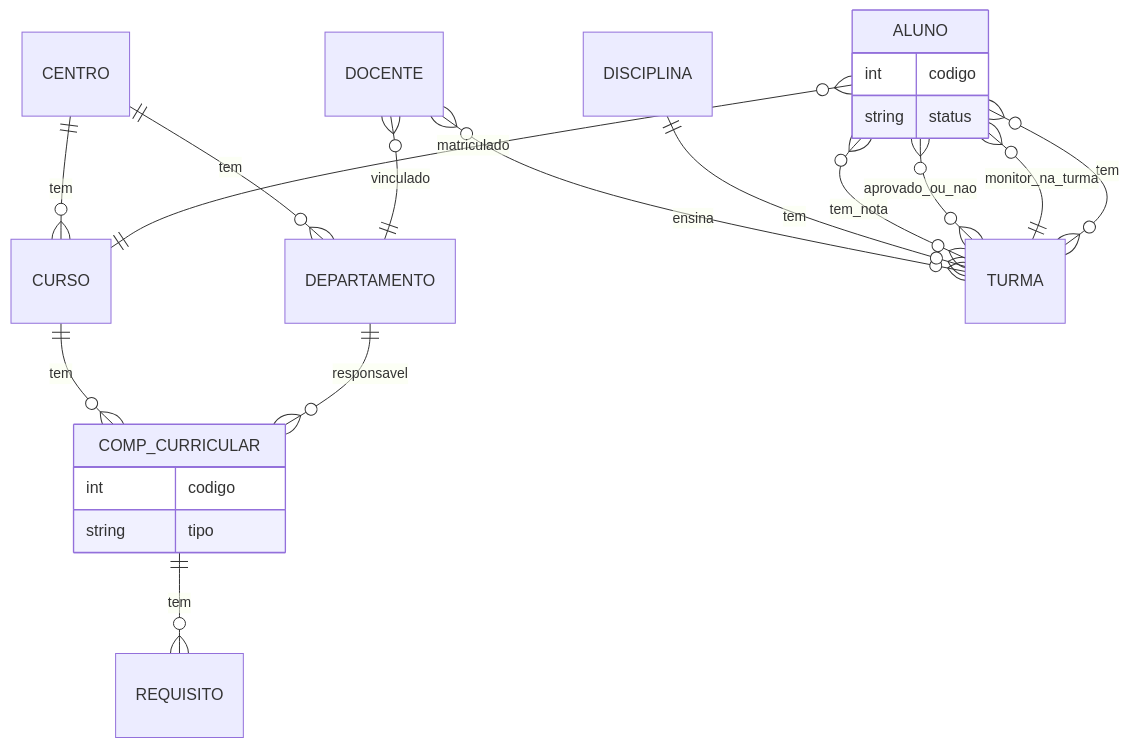
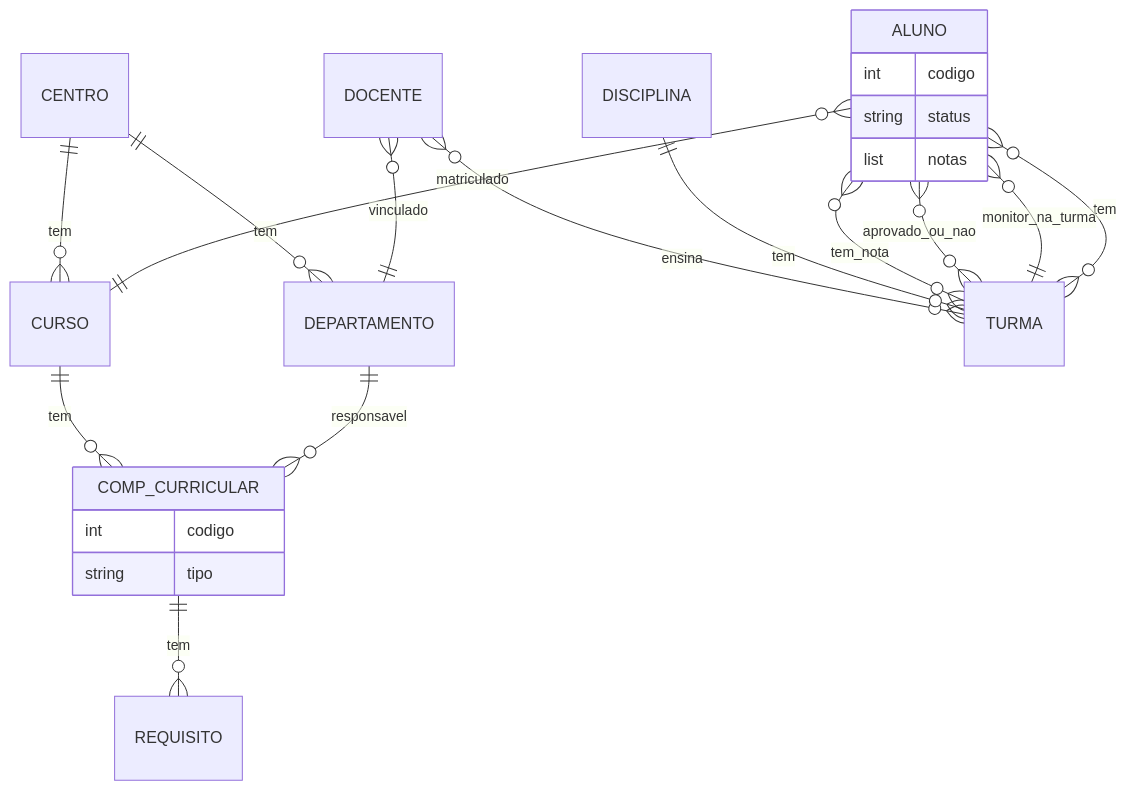
Before and after one commit to DaniloMano/Banco-de-Dados: the diagram in modelos ER/BDuniversidade.md, drawn with Mermaid.

Commit message:
exemplo 2 feito

````diff
--- a/modelos ER/BDuniversidade.md
+++ b/modelos ER/BDuniversidade.md
@@ -23,33 +23,34 @@
 ```mermaid
 
 erDiagram
 
     %% Entidade componente curricular
     COMP_CURRICULAR{
         int codigo
         string tipo
     }
 
     %% Entidade aluno
     ALUNO{
         int codigo
         string status
+        list notas
         %%monitor ou não
     }
    
     %% Relacionamentos
     CENTRO || -- O{ CURSO: tem
     CENTRO || -- O{ DEPARTAMENTO: tem
     ALUNO O{ -- || CURSO: matriculado
     CURSO || -- o{COMP_CURRICULAR: tem
     COMP_CURRICULAR || -- O{ REQUISITO: tem
     DEPARTAMENTO || -- O{ COMP_CURRICULAR: responsavel
     DOCENTE o{ -- O{ TURMA: ensina
     TURMA o{ -- O{ ALUNO: tem
     DISCIPLINA || -- O{ TURMA: tem
     DOCENTE o{ -- || DEPARTAMENTO: vinculado
     ALUNO O{ -- o{ TURMA: tem_nota
     ALUNO O{ -- o{ TURMA: aprovado_ou_nao
     ALUNO O{ -- || TURMA: monitor_na_turma
 
 ```
````
